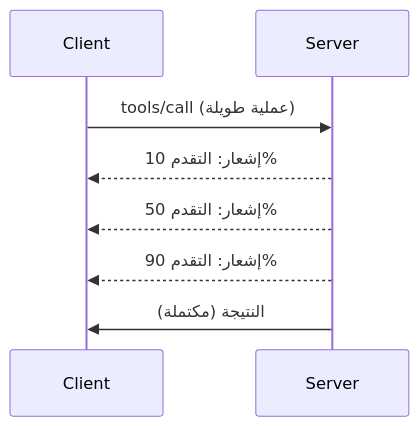
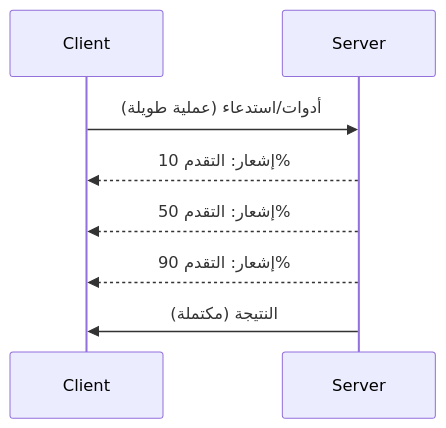
Before and after one commit to HIDORAKAI002/ai-workspace-archive: the diagram in mcp_ecosystem__model_context_protocol/mcp_learning_resources/mcp-for-beginners/translations/ar/05-AdvancedTopics/mcp-protocol-features/README.md, drawn with Mermaid. The commit also changed other lines of this file and 1046 other files, not shown here.

````diff
--- a/mcp_ecosystem__model_context_protocol/mcp_learning_resources/mcp-for-beginners/translations/ar/05-AdvancedTopics/mcp-protocol-features/README.md
+++ b/mcp_ecosystem__model_context_protocol/mcp_learning_resources/mcp-for-beginners/translations/ar/05-AdvancedTopics/mcp-protocol-features/README.md
@@ -22,11 +24,11 @@
 ```mermaid
 sequenceDiagram
     participant Client
     participant Server
     
-    Client->>Server: tools/call (عملية طويلة)
+    Client->>Server: أدوات/استدعاء (عملية طويلة)
     Server-->>Client: إشعار: التقدم 10%
     Server-->>Client: إشعار: التقدم 50%
     Server-->>Client: إشعار: التقدم 90%
     Server->>Client: النتيجة (مكتملة)
-```  
+```
````
